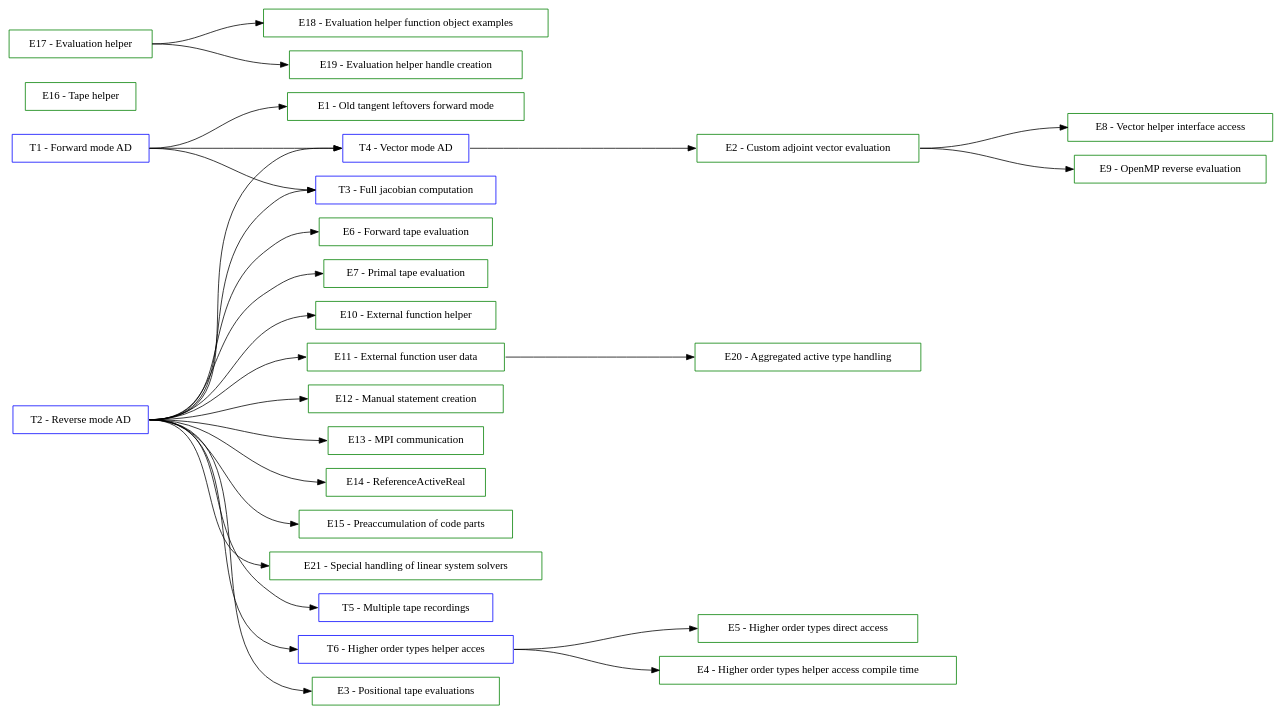
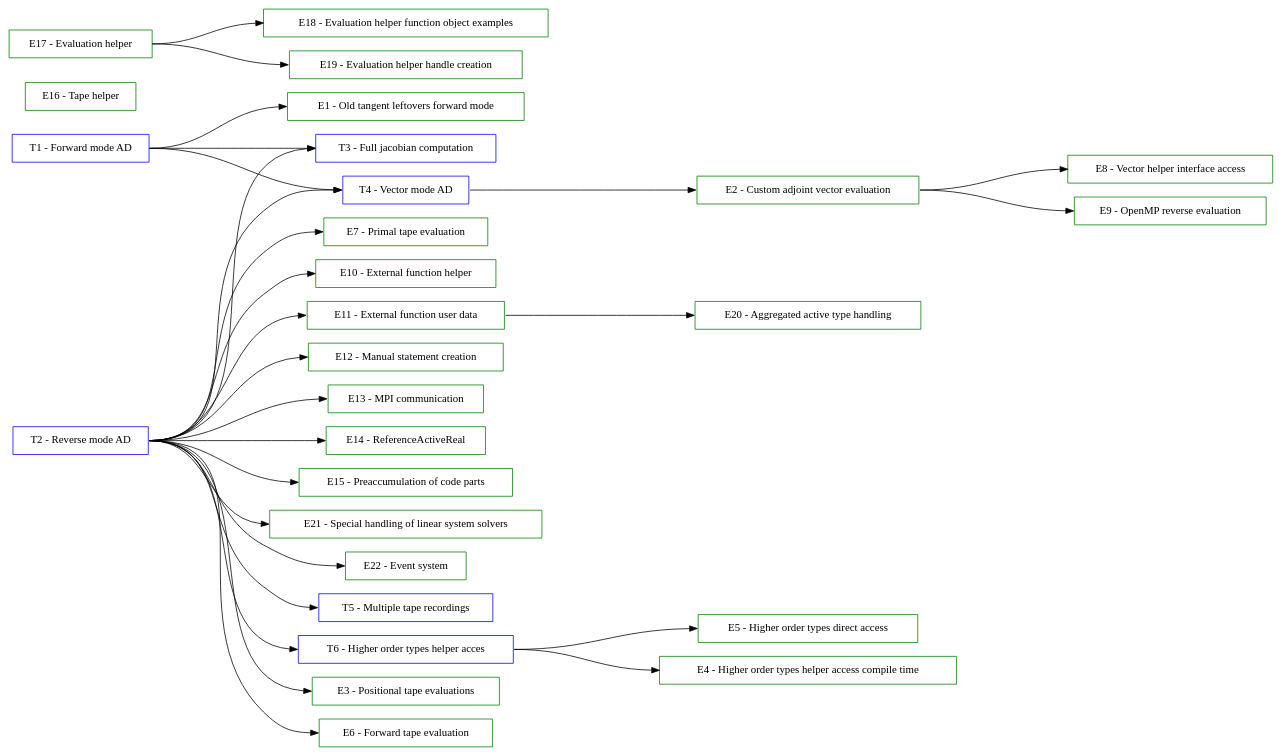
Before and after one commit to SciCompKL/CoDiPack: the diagram in documentation/user/TutorialsGraph.dot, drawn with Graphviz. The commit also changed 5 other files, not shown here.

```diff
--- a/documentation/user/TutorialsGraph.dot
+++ b/documentation/user/TutorialsGraph.dot
@@ -1,89 +1,92 @@
 digraph Tutorials {
   rankdir=LR;
   ranksep=2;
 
   // Tutorial nodes
   node [shape=box color=blue];
   T01 [label="T1 - Forward mode AD"];
 
   T02 [label="T2 - Reverse mode AD"];
 
   T03 [label="T3 - Full jacobian computation"];
 
   T04 [label="T4 - Vector mode AD"];
 
   T05 [label="T5 - Multiple tape recordings"];
 
   T06 [label="T6 - Higher order types helper acces"];
 
   // Example nodes
   node [shape=box color=green];
   E01 [label="E1 - Old tangent leftovers forward mode"];
 
   E02 [label="E2 - Custom adjoint vector evaluation"];
 
   E03 [label="E3 - Positional tape evaluations"];
 
   E04 [label="E4 - Higher order types helper access compile time"];
 
   E05 [label="E5 - Higher order types direct access"];
 
   E06 [label="E6 - Forward tape evaluation"];
 
   E07 [label="E7 - Primal tape evaluation"];
 
   E08 [label="E8 - Vector helper interface access"];
 
   E09 [label="E9 - OpenMP reverse evaluation"];
 
   E10 [label="E10 - External function helper"];
 
   E11 [label="E11 - External function user data"];
 
   E12 [label="E12 - Manual statement creation"];
 
   E13 [label="E13 - MPI communication"];
 
   E14 [label="E14 - ReferenceActiveReal"];
 
   E15 [label="E15 - Preaccumulation of code parts"];
 
   E16 [label="E16 - Tape helper"];
 
   E17 [label="E17 - Evaluation helper"];
 
   E18 [label="E18 - Evaluation helper function object examples"];
 
   E19 [label="E19 - Evaluation helper handle creation"];
 
   E20 [label="E20 - Aggregated active type handling"];
 
   E21 [label="E21 - Special handling of linear system solvers"];
 
+  E22 [label="E22 - Event system"];
+
   // Edges (sorted)
   E02:e -> E08:w;
   E02:e -> E09:w;
   E11:e -> E20:w;
   E17:e -> E18:w;
   E17:e -> E19:w;
   T01:e -> E01:w;
   T01:e -> T03:w;
   T01:e -> T04:w;
   T02:e -> E03:w;
   T02:e -> E06:w;
   T02:e -> E07:w;
   T02:e -> E10:w;
   T02:e -> E11:w;
   T02:e -> E12:w;
   T02:e -> E13:w;
   T02:e -> E14:w;
   T02:e -> E15:w;
   T02:e -> T03:w;
   T02:e -> T04:w;
   T02:e -> T05:w;
   T02:e -> T06:w;
   T02:e -> E21:w;
+  T02:e -> E22:w;
   T04:e -> E02:w;
   T06:e -> E04:w;
   T06:e -> E05:w;
 }
```
